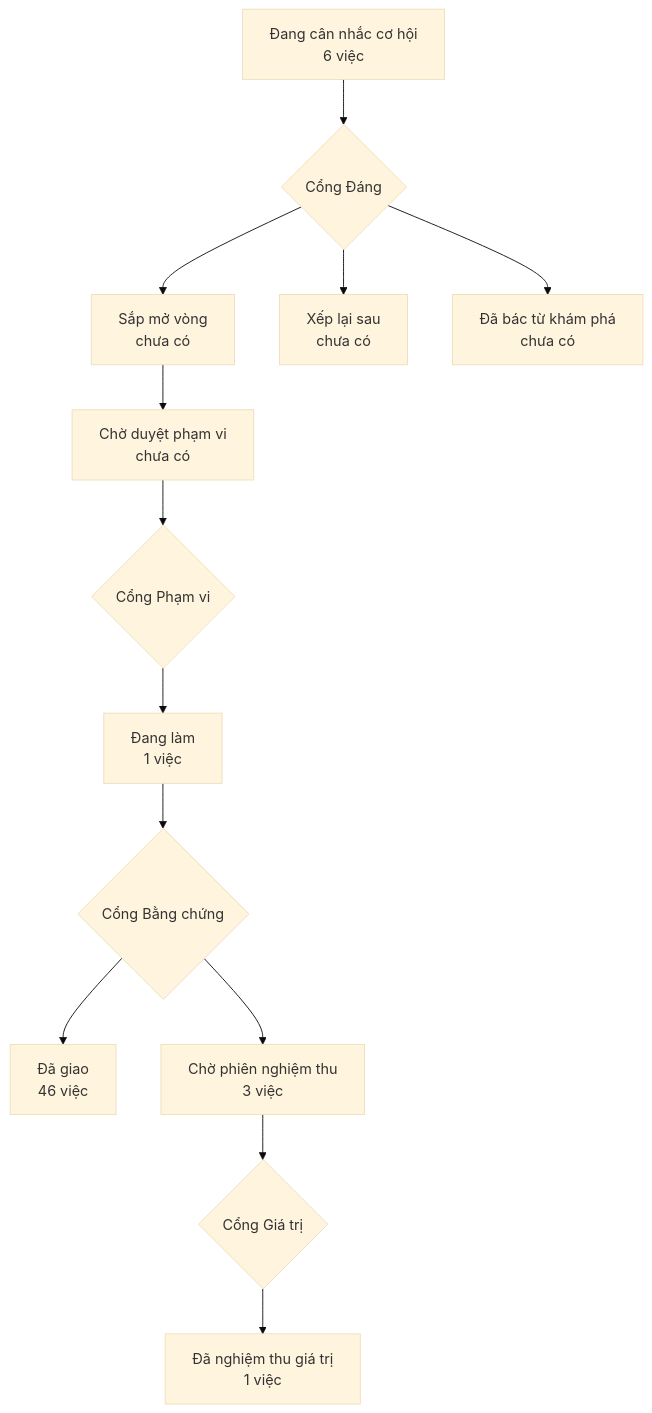
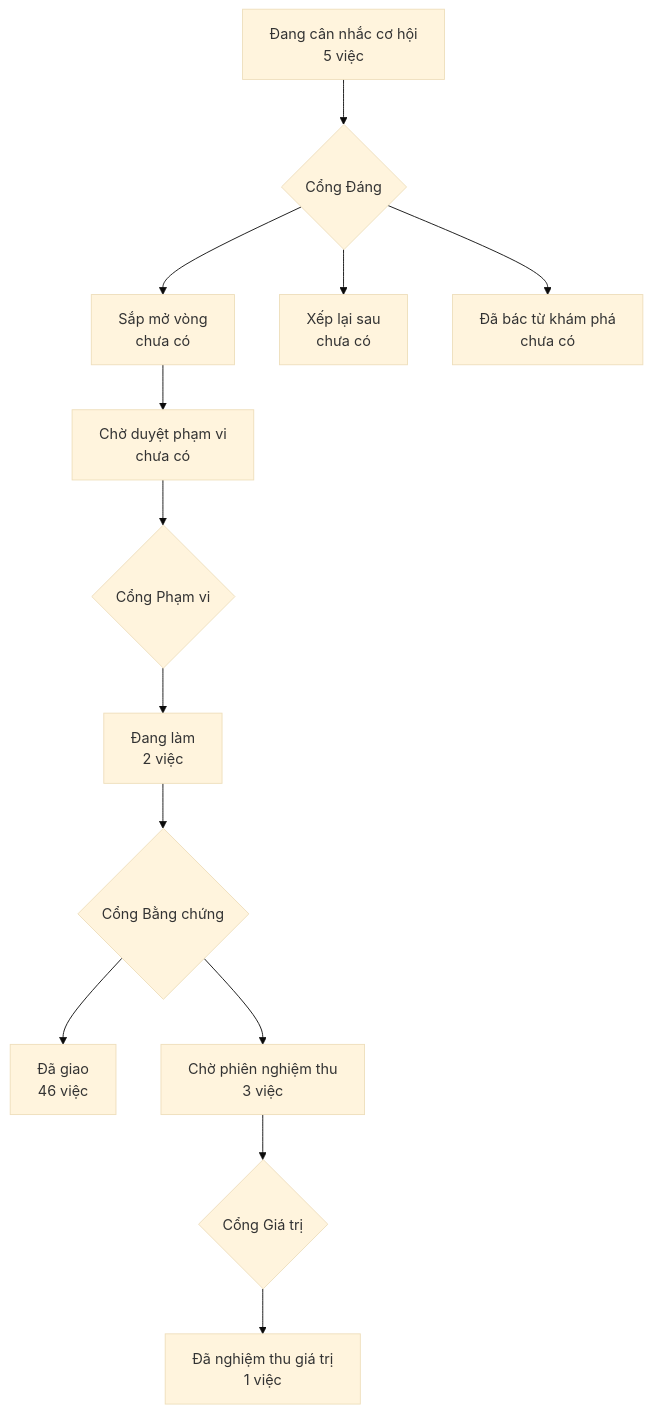
Before and after one commit to phanlemanh/crm-onehub: the diagram in PRODUCT-MAP.md, drawn with Mermaid (base theme). The commit also changed other lines of this file and 2 other files, not shown here.

Commit message:
Gate 1: chi-quan-tri-sua-duoc-truong duyet — Phan Le Manh

````diff
--- a/PRODUCT-MAP.md
+++ b/PRODUCT-MAP.md
@@ -6,12 +6,12 @@
 ```mermaid
 flowchart TD
-  A["Đang cân nhắc cơ hội<br/>6 việc"] --> GD{"Cổng Đáng"}
+  A["Đang cân nhắc cơ hội<br/>5 việc"] --> GD{"Cổng Đáng"}
   GD --> B["Sắp mở vòng<br/>chưa có"]
   GD --> XL["Xếp lại sau<br/>chưa có"]
   GD --> DB["Đã bác từ khám phá<br/>chưa có"]
   B --> CD["Chờ duyệt phạm vi<br/>chưa có"] --> GP{"Cổng Phạm vi"}
-  GP --> DL["Đang làm<br/>1 việc"] --> GB{"Cổng Bằng chứng"}
+  GP --> DL["Đang làm<br/>2 việc"] --> GB{"Cổng Bằng chứng"}
   GB --> DG["Đã giao<br/>46 việc"]
   GB --> CN["Chờ phiên nghiệm thu<br/>3 việc"] --> GG{"Cổng Giá trị"}
   GG --> NT["Đã nghiệm thu giá trị<br/>1 việc"]
 ```
````
